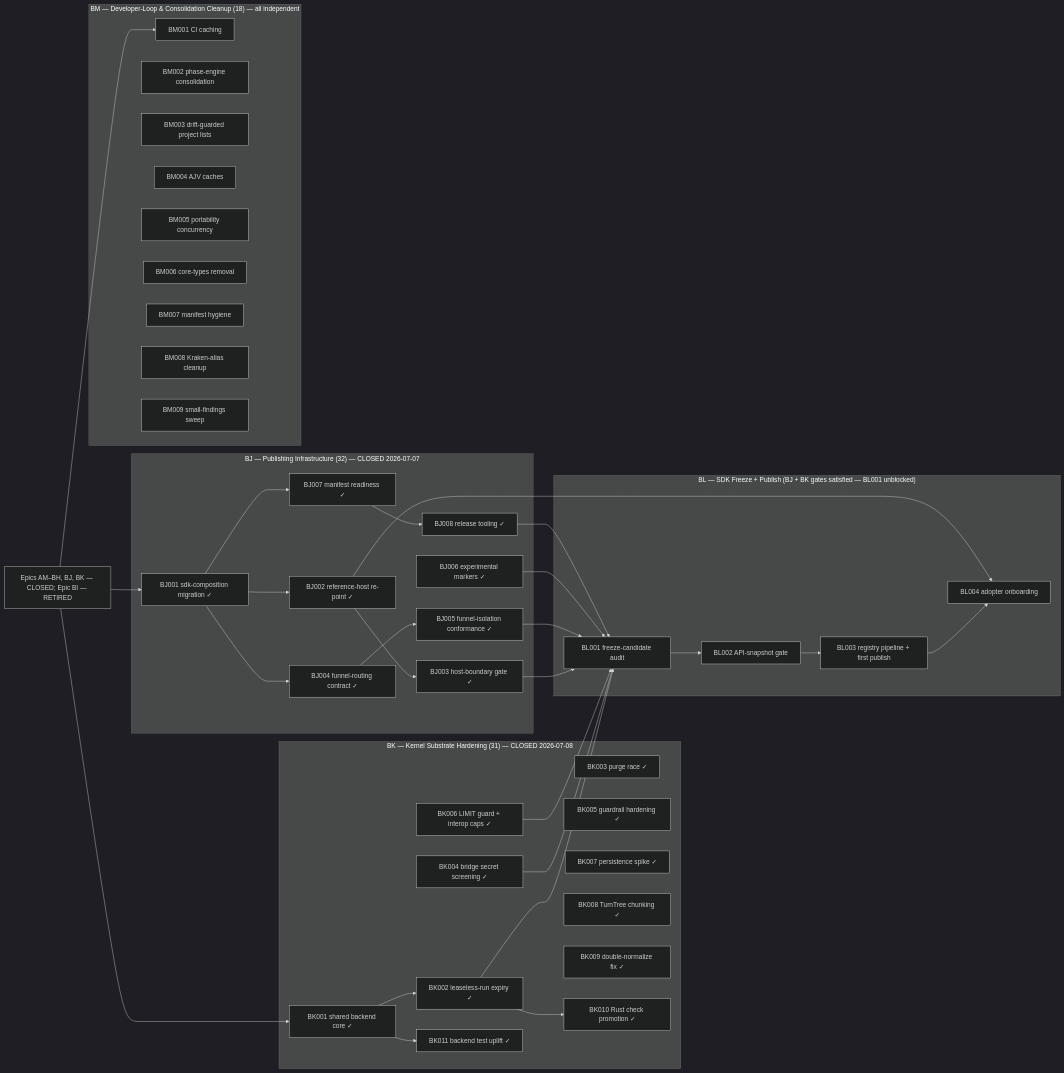
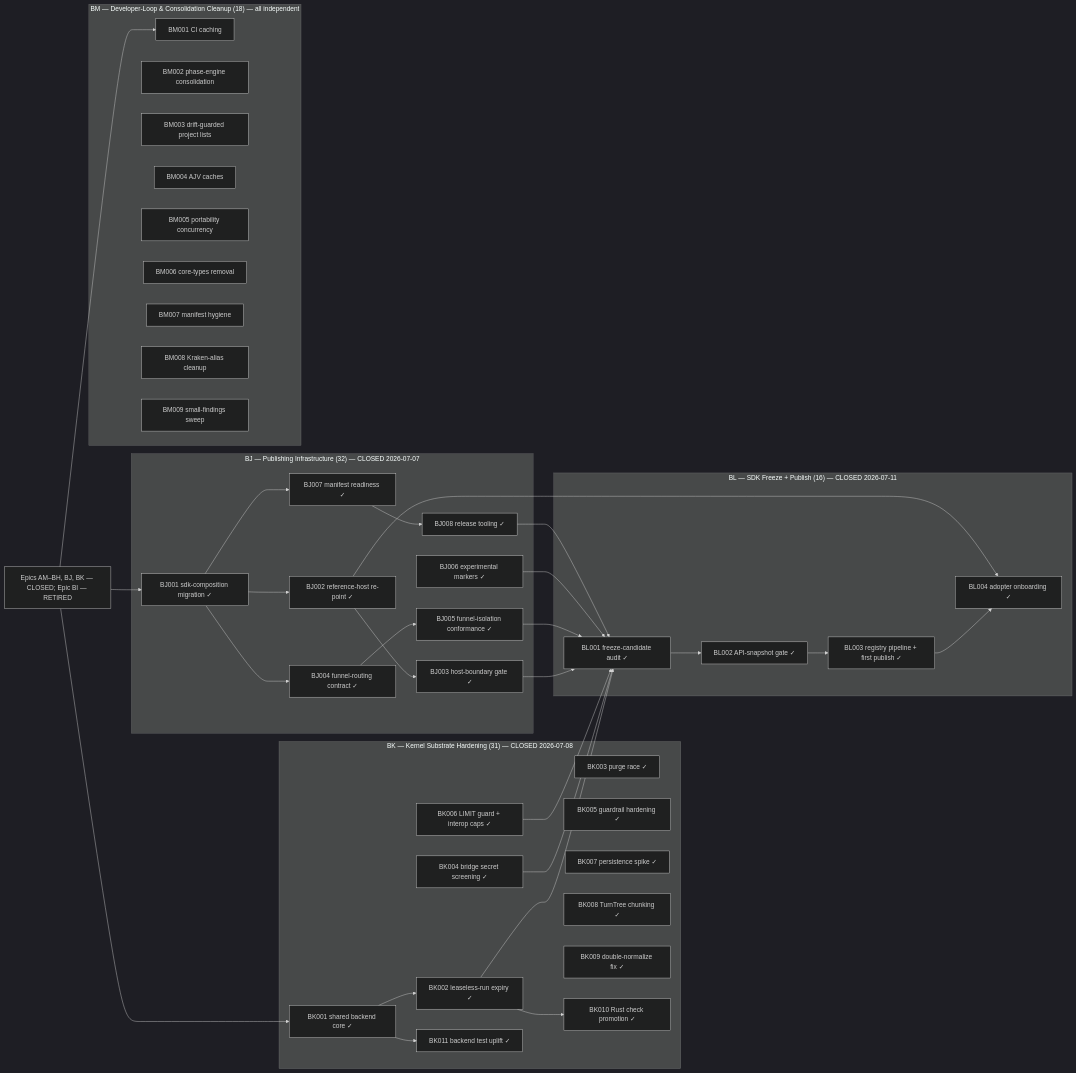
Before and after one commit to Tuvren/framework: the diagram in .constitution/tasks/critical-path.md, drawn with Mermaid (dark theme). The commit also changed other lines of this file and 110 other files, not shown here.

First line of the commit message:
Epic BL — SDK freeze and registry publication (KRT-BL001–BL004) (#93)

````diff
--- a/.constitution/tasks/critical-path.md
+++ b/.constitution/tasks/critical-path.md
@@ -102,61 +102,61 @@
 ```mermaid
 flowchart LR
   priorClosed["Epics AM–BH, BJ, BK — CLOSED; Epic BI — RETIRED"]
 
   subgraph BJ["BJ — Publishing Infrastructure (32) — CLOSED 2026-07-07"]
     BJ1["BJ001 sdk-composition migration ✓"]
     BJ1 --> BJ2["BJ002 reference-host re-point ✓"]
     BJ2 --> BJ3["BJ003 host-boundary gate ✓"]
     BJ1 --> BJ4["BJ004 funnel-routing contract ✓"]
     BJ4 --> BJ5["BJ005 funnel-isolation conformance ✓"]
     BJ6["BJ006 experimental markers ✓"]
     BJ1 --> BJ7["BJ007 manifest readiness ✓"]
     BJ7 --> BJ8["BJ008 release tooling ✓"]
   end
 
   subgraph BK["BK — Kernel Substrate Hardening (31) — CLOSED 2026-07-08"]
     BK1["BK001 shared backend core ✓"]
     BK1 --> BK2["BK002 leaseless-run expiry ✓"]
     BK3["BK003 purge race ✓"]
     BK4["BK004 bridge secret screening ✓"]
     BK5["BK005 guardrail hardening ✓"]
     BK6["BK006 LIMIT guard + interop caps ✓"]
     BK7["BK007 persistence spike ✓"]
     BK8["BK008 TurnTree chunking ✓"]
     BK9["BK009 double-normalize fix ✓"]
     BK2 --> BK10["BK010 Rust check promotion ✓"]
     BK1 --> BK11["BK011 backend test uplift ✓"]
   end
 
-  subgraph BL["BL — SDK Freeze + Publish (BJ + BK gates satisfied — BL001 unblocked)"]
-    BL1["BL001 freeze-candidate audit"]
-    BL1 --> BL2["BL002 API-snapshot gate"]
-    BL2 --> BL3["BL003 registry pipeline + first publish"]
-    BL3 --> BL4["BL004 adopter onboarding"]
+  subgraph BL["BL — SDK Freeze + Publish (16) — CLOSED 2026-07-11"]
+    BL1["BL001 freeze-candidate audit ✓"]
+    BL1 --> BL2["BL002 API-snapshot gate ✓"]
+    BL2 --> BL3["BL003 registry pipeline + first publish ✓"]
+    BL3 --> BL4["BL004 adopter onboarding ✓"]
   end
 
   subgraph BM["BM — Developer-Loop & Consolidation Cleanup (18) — all independent"]
     BM1["BM001 CI caching"]
     BM2["BM002 phase-engine consolidation"]
     BM3["BM003 drift-guarded project lists"]
     BM4["BM004 AJV caches"]
     BM5["BM005 portability concurrency"]
     BM6["BM006 core-types removal"]
     BM7["BM007 manifest hygiene"]
     BM8["BM008 Kraken-alias cleanup"]
     BM9["BM009 small-findings sweep"]
   end
 
   priorClosed --> BJ1
   priorClosed --> BK1
   priorClosed --> BM1
 
   BJ3 --> BL1
   BJ5 --> BL1
   BJ6 --> BL1
   BJ8 --> BL1
   BK2 --> BL1
   BK4 --> BL1
   BK6 --> BL1
   BJ2 --> BL4
 ```
````
